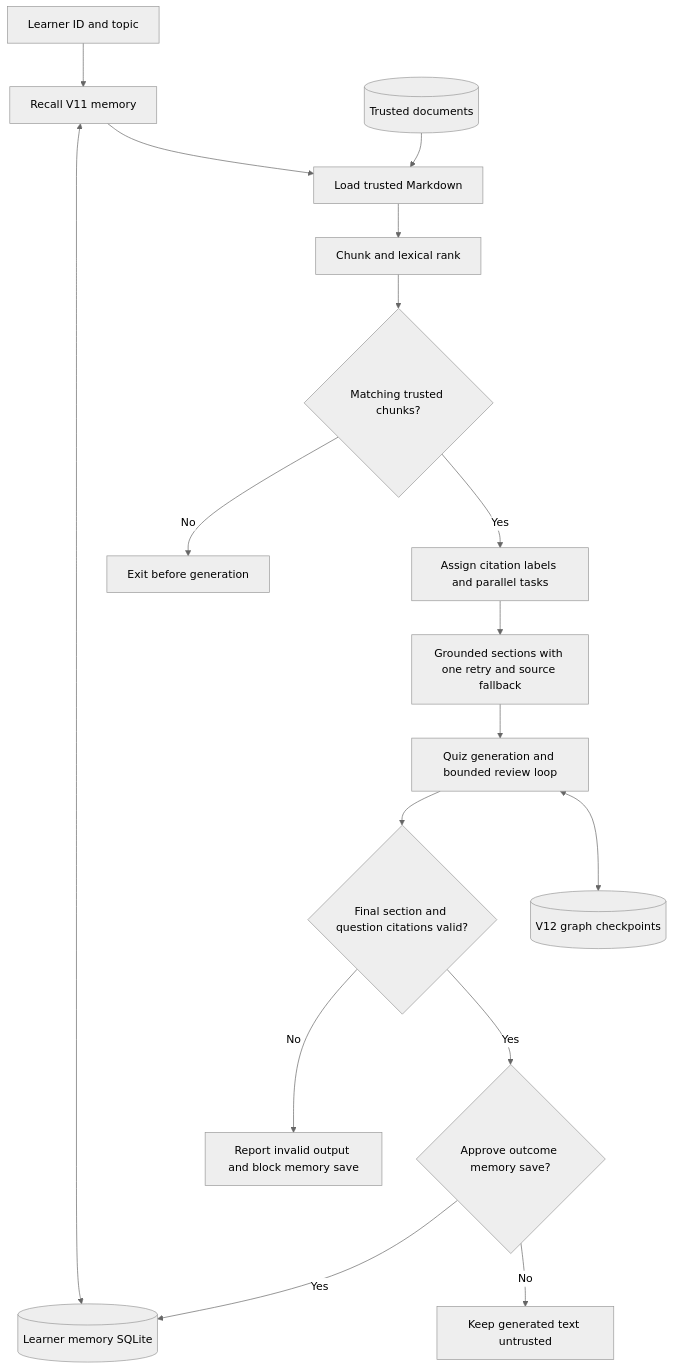
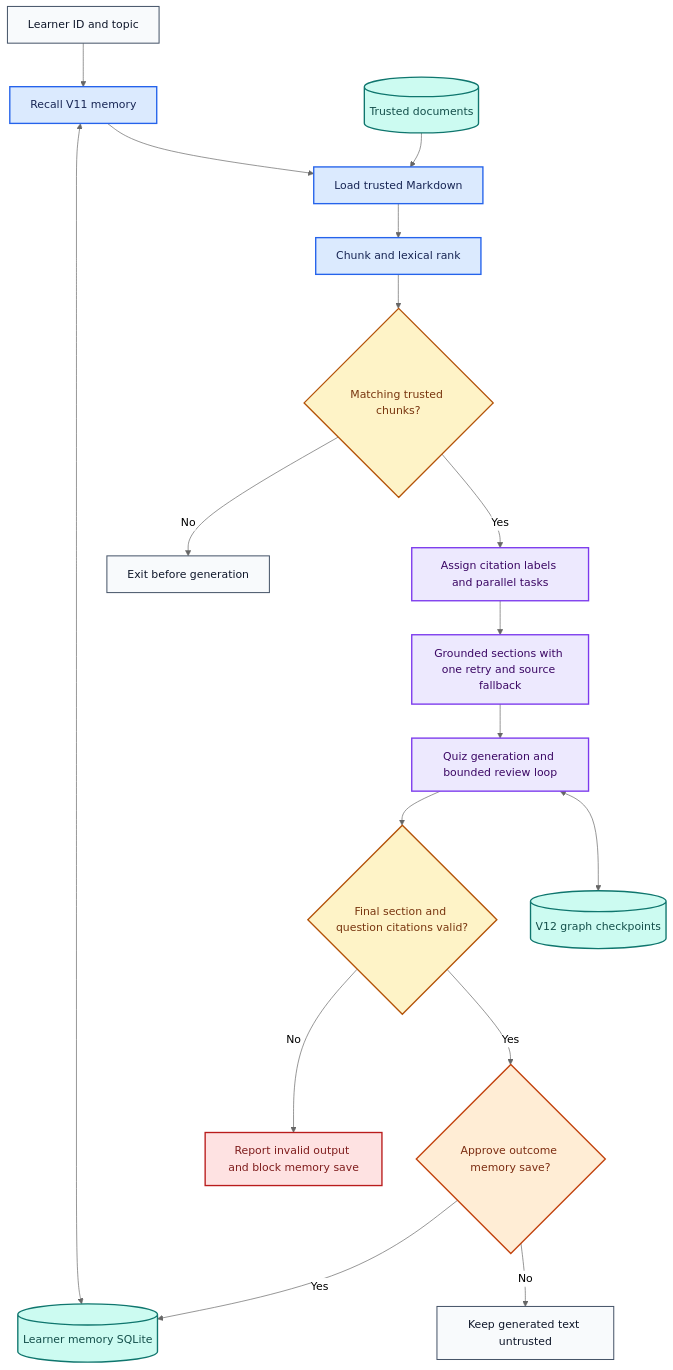
Diagram 14 of 20 in docs/ARCHITECTURE.md (anne500/multi-agent-study-guide), drawn with Mermaid (neutral theme) before and after one commit. The commit also changed other lines of this file and 7 other files, not shown here.

Commit message:
Add visual learning map and color-coded architecture documentation

````diff
--- a/docs/ARCHITECTURE.md
+++ b/docs/ARCHITECTURE.md
@@ -253,19 +348,33 @@
 ```mermaid
 flowchart TD
     A[Learner ID and topic] --> B[Recall V11 memory]
     B <--> C[(Learner memory SQLite)]
     B --> D[Load trusted Markdown]
     E[(Trusted documents)] --> D
     D --> F[Chunk and lexical rank]
     F --> G{Matching trusted chunks?}
     G -->|No| Q[Exit before generation]
     G -->|Yes| H[Assign citation labels and parallel tasks]
     H --> I[Grounded sections with one retry and source fallback]
     I --> K[Quiz generation and bounded review loop]
     K --> M{Final section and question citations valid?}
     K <--> N[(V12 graph checkpoints)]
     M -->|No| R[Report invalid output and block memory save]
     M -->|Yes| O{Approve outcome memory save?}
     O -->|Yes| C
     O -->|No| P[Keep generated text untrusted]
+
+    classDef default fill:#F8FAFC,stroke:#475569,color:#0F172A,stroke-width:1.5px;
+    classDef logic fill:#DBEAFE,stroke:#2563EB,color:#172554,stroke-width:2px;
+    class B,D,F logic;
+    classDef model fill:#EDE9FE,stroke:#7C3AED,color:#3B0764,stroke-width:2px;
+    class H,I,K model;
+    classDef decision fill:#FEF3C7,stroke:#B45309,color:#78350F,stroke-width:2px;
+    class G,M decision;
+    classDef human fill:#FFEDD5,stroke:#C2410C,color:#7C2D12,stroke-width:2px;
+    class O human;
+    classDef store fill:#CCFBF1,stroke:#0F766E,color:#134E4A,stroke-width:2px;
+    class C,E,N store;
+    classDef failure fill:#FEE2E2,stroke:#B91C1C,color:#7F1D1D,stroke-width:2px;
+    class R failure;
 ```
````
